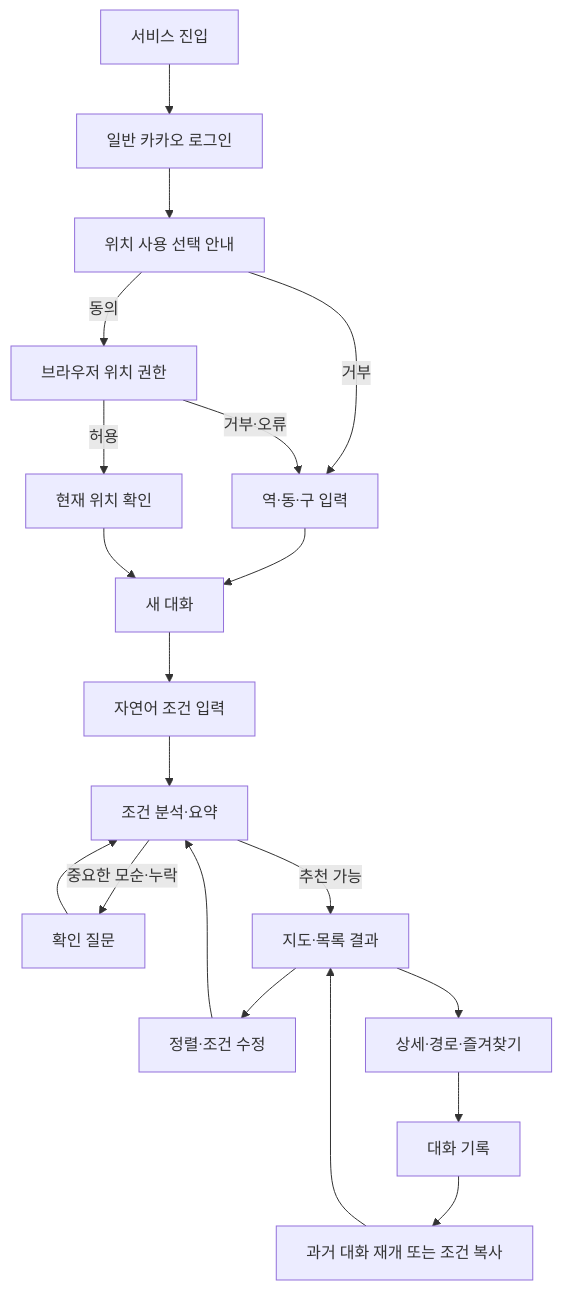
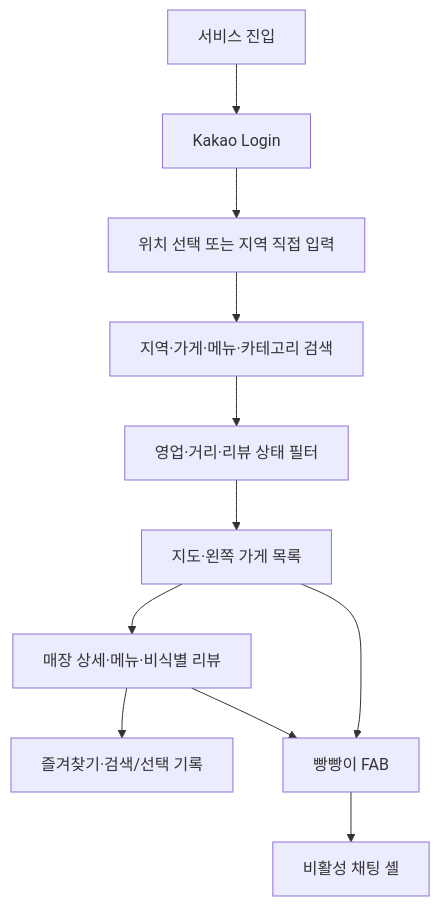
Before and after one commit to minhyeok328/Bread_map: the diagram in docs/01-experience/user-journey.md, drawn with Mermaid. The commit also changed other lines of this file and 5 other files, not shown here.

````diff
--- a/docs/01-experience/user-journey.md
+++ b/docs/01-experience/user-journey.md
@@ -19,22 +20,13 @@
 ```mermaid
 flowchart TD
-    A["서비스 진입"] --> B["일반 카카오 로그인"]
-    B --> C["위치 사용 선택 안내"]
-    C -->|"동의"| D["브라우저 위치 권한"]
-    C -->|"거부"| E["역·동·구 입력"]
-    D -->|"허용"| F["현재 위치 확인"]
-    D -->|"거부·오류"| E
-    E --> G["새 대화"]
-    F --> G
-    G --> H["자연어 조건 입력"]
-    H --> I["조건 분석·요약"]
-    I -->|"중요한 모순·누락"| J["확인 질문"]
-    J --> I
-    I -->|"추천 가능"| K["지도·목록 결과"]
-    K --> L["정렬·조건 수정"]
-    L --> I
-    K --> M["상세·경로·즐겨찾기"]
-    M --> N["대화 기록"]
-    N --> O["과거 대화 재개 또는 조건 복사"]
-    O --> K
+    A["서비스 진입"] --> B["Kakao Login"]
+    B --> C["위치 선택 또는 지역 직접 입력"]
+    C --> D["지역·가게·메뉴·카테고리 검색"]
+    D --> E["영업·거리·리뷰 상태 필터"]
+    E --> F["지도·왼쪽 가게 목록"]
+    F --> G["매장 상세·메뉴·비식별 리뷰"]
+    G --> H["즐겨찾기·검색/선택 기록"]
+    F --> I["빵빵이 FAB"]
+    G --> I
+    I --> J["비활성 채팅 셸"]
 ```
````
